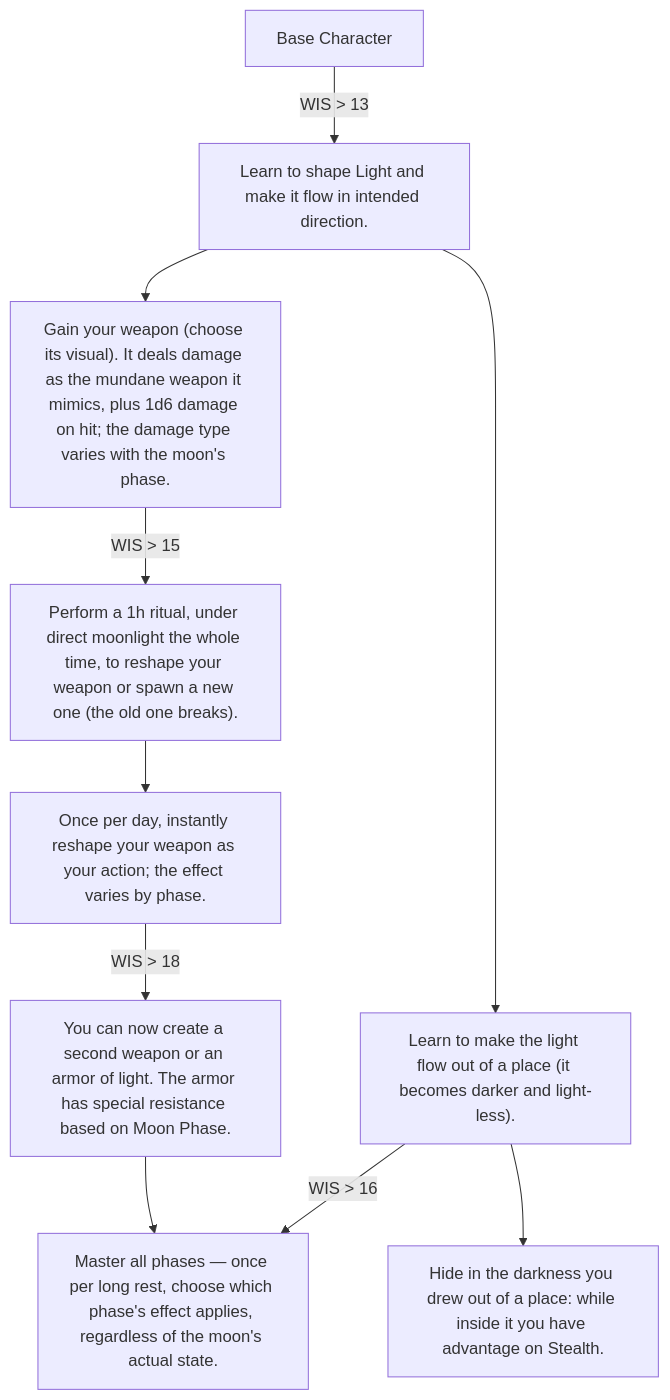
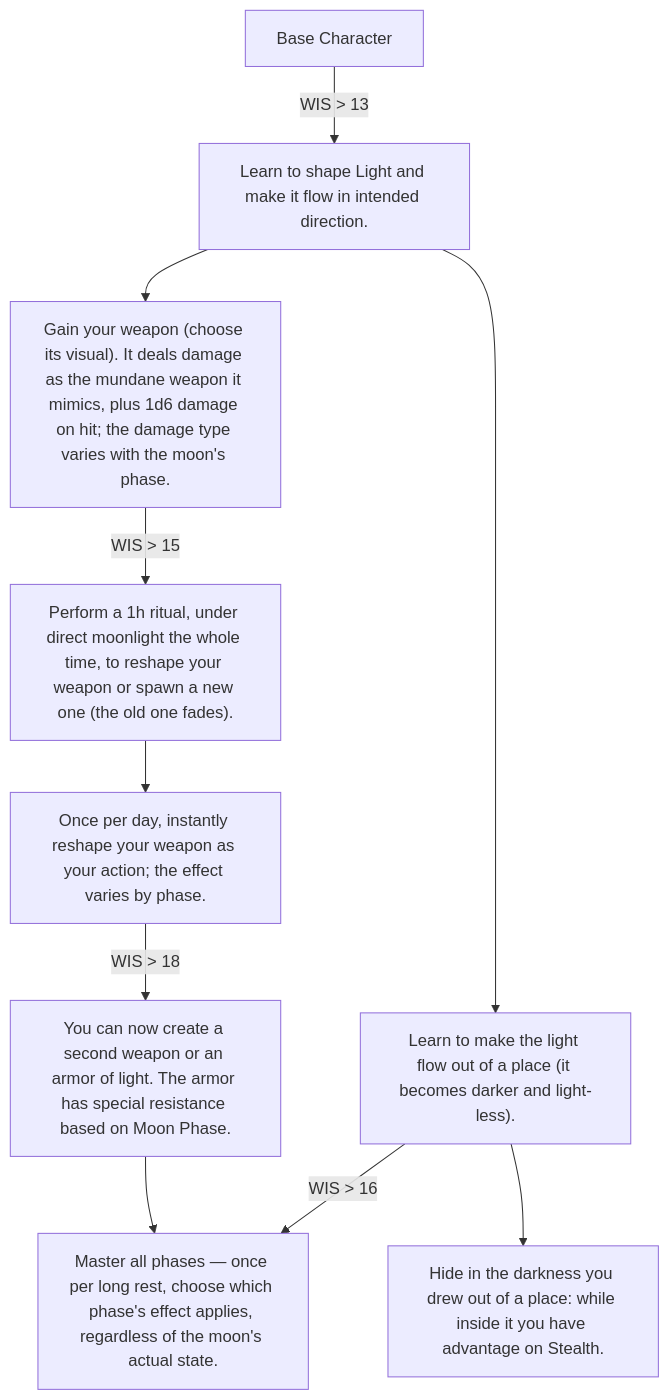
Diagram 25 of 37 in Homebrew/Classes and Races/Classes/Class-Handbook.md (WiIdNeo/DnD-RealismHomeBrew), drawn with Mermaid before and after one commit. The commit also changed other lines of this file and 9 other files, not shown here.

````diff
--- a/Homebrew/Classes and Races/Classes/Class-Handbook.md
+++ b/Homebrew/Classes and Races/Classes/Class-Handbook.md
@@ -787,19 +810,19 @@
 ```mermaid
 flowchart TD
 
 A[Base Character]
 
 1["Learn to shape Light and make it flow in intended direction."]
 2["Gain your weapon (choose its visual). It deals damage as the mundane weapon it mimics, plus 1d6 damage on hit; the damage type varies with the moon's phase."]
-3["Perform a 1h ritual, under direct moonlight the whole time, to reshape your weapon or spawn a new one (the old one breaks)."]
+3["Perform a 1h ritual, under direct moonlight the whole time, to reshape your weapon or spawn a new one (the old one fades)."]
 4["Learn to make the light flow out of a place (it becomes darker and light-less)."]
 5["Once per day, instantly reshape your weapon as your action; the effect varies by phase."]
 6["Hide in the darkness you drew out of a place: while inside it you have advantage on Stealth."]
 7["You can now create a second weapon or an armor of light. The armor has special resistance based on Moon Phase."]
 8["Master all phases — once per long rest, choose which phase's effect applies, regardless of the moon's actual state."]
 
 A-->|WIS > 13|1
 1 --> 2 --> |WIS > 15|3 --> 5 --> |WIS > 18|7 --> 8
 1 --> 4 -->|WIS > 16| 8
 4 --> 6
 ```
````
